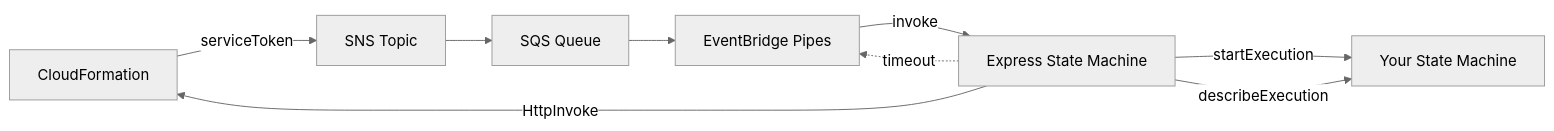
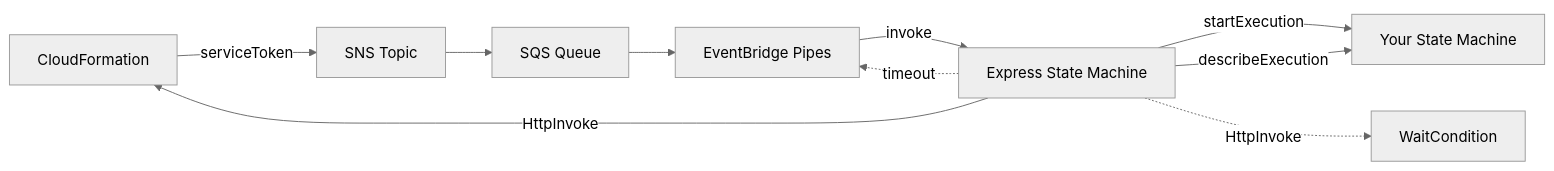
The diagram in README.md (WinterYukky/aws-cdk-lambdaless-custom-resource), drawn with Mermaid (neutral theme) before and after one commit. The commit also changed other lines of this file, not shown here.

Commit message:
docs: add LambdalessWaitCondition to README

````diff
--- a/README.md
+++ b/README.md
@@ -129,11 +154,12 @@
 ```mermaid
 graph LR
     CFn[CloudFormation] -->|serviceToken| SNS[SNS Topic]
     SNS --> SQS[SQS Queue]
     SQS --> Pipes[EventBridge Pipes]
     Pipes -->|invoke| Express[Express State Machine]
     Express -->|startExecution| Standard[Your State Machine]
     Express -->|describeExecution| Standard
     Express -->|HttpInvoke| CFn
+    Express -.->|HttpInvoke| WC[WaitCondition]
     Express -.->|timeout| Pipes
 ```
````
